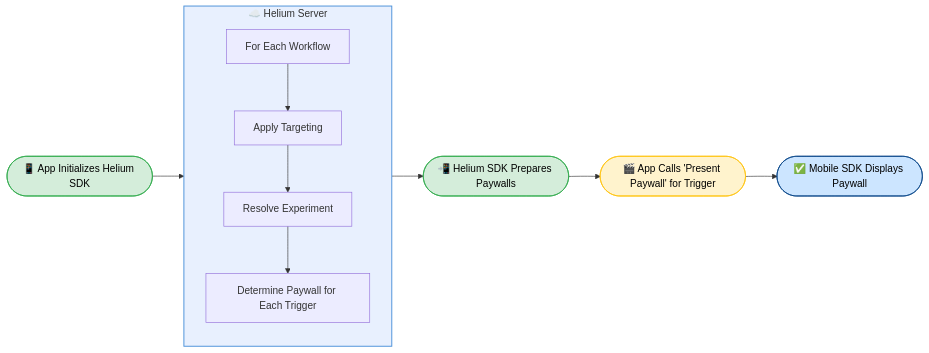
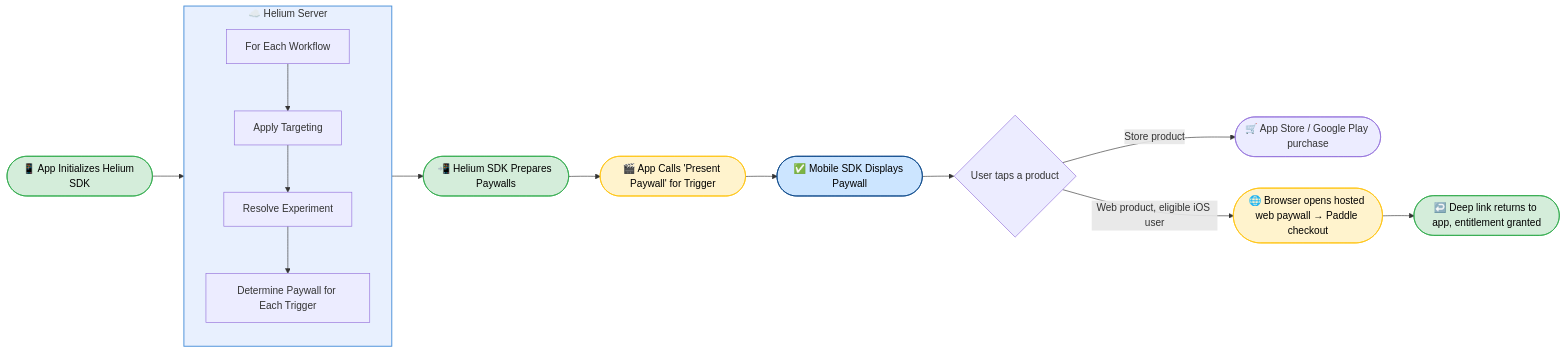
Before and after one commit to cloudcaptainai/docs: the diagram in guides/how-does-helium-work.mdx, drawn with Mermaid. The commit also changed other lines of this file and 15 other files, not shown here.

Commit message:
Make App2Web part of the standard path: intro, quickstart, SDK quickstart sections, How Helium works, web-checkout on-ramp

````diff
--- a/guides/how-does-helium-work.mdx
+++ b/guides/how-does-helium-work.mdx
@@ -37,21 +41,27 @@
 ```mermaid
 flowchart LR
     A([📱 App Initializes Helium SDK]) --> Server
 
     subgraph Server ["☁️ Helium Server"]
         direction TB
         B[For Each Workflow] --> C[Apply Targeting]
         C --> D[Resolve Experiment]
         D --> P[Determine Paywall for Each Trigger]
     end
 
     Server --> E([📲 Helium SDK Prepares Paywalls])
     E --> F([🎬 App Calls 'Present Paywall' for Trigger])
     F --> G([✅ Mobile SDK Displays Paywall])
+    G --> H{User taps a product}
+    H -->|Store product| I([🛒 App Store / Google Play purchase])
+    H -->|Web product, eligible iOS user| J([🌐 Browser opens hosted web paywall → Paddle checkout])
+    J --> K([↩️ Deep link returns to app, entitlement granted])
 
     style Server fill:#e8f0fe,stroke:#4a90d9,stroke-width:1.5px
     style A fill:#d4edda,stroke:#28a745,color:#000
     style E fill:#d4edda,stroke:#28a745,color:#000
     style F fill:#fff3cd,stroke:#ffc107,color:#000
     style G fill:#cce5ff,stroke:#004085,color:#000
+    style J fill:#fff3cd,stroke:#ffc107,color:#000
+    style K fill:#d4edda,stroke:#28a745,color:#000
 ```
````
